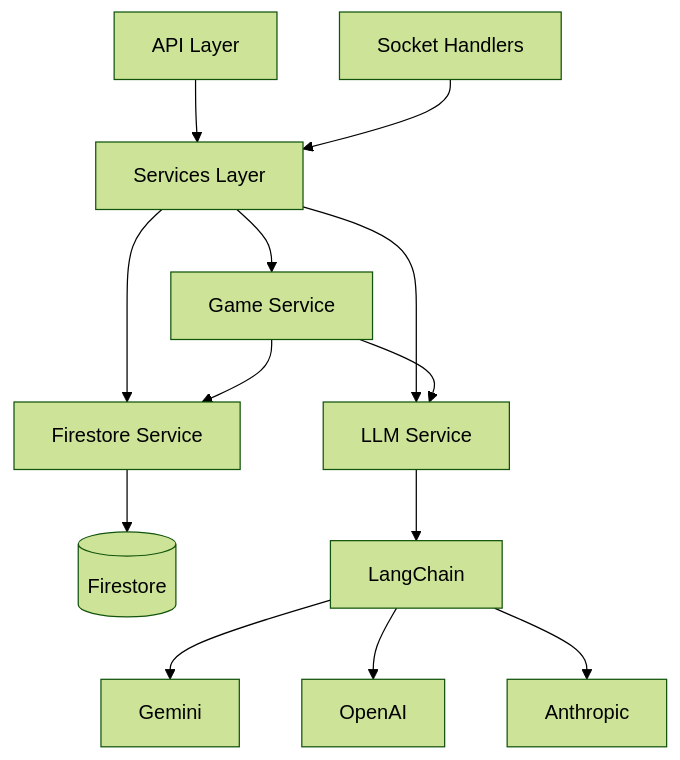
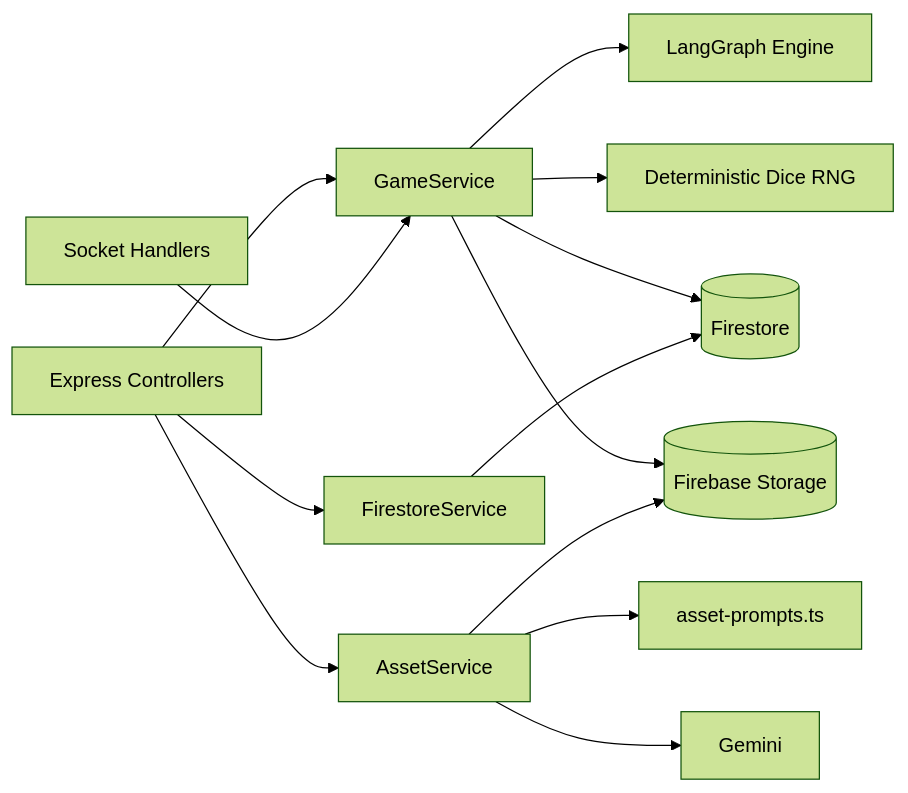
Before and after one commit to lguibr/daicer: the first of 2 diagrams in backend/src/services/README.md, drawn with Mermaid (forest theme). The commit also changed other lines of this file and 150 other files, not shown here.

````diff
--- a/backend/src/services/README.md
+++ b/backend/src/services/README.md
@@ -7,18 +9,18 @@
 ```mermaid
-graph TB
-    API[API Layer] --> Services[Services Layer]
-    Socket[Socket Handlers] --> Services
+flowchart LR
+    API[Express Controllers] --> GameService
+    Socket[Socket Handlers] --> GameService
+    API --> FirestoreService
+    API --> AssetService
 
-    Services --> FS[Firestore Service]
-    Services --> LLM[LLM Service]
-    Services --> Game[Game Service]
+    GameService --> LangGraph[LangGraph Engine]
+    GameService --> Dice[Deterministic Dice RNG]
+    GameService --> Firestore[(Firestore)]
+    GameService --> Storage[(Firebase Storage)]
 
-    FS --> Firestore[(Firestore)]
-    LLM --> LC[LangChain]
-    LC --> Gemini
-    LC --> OpenAI
-    LC --> Anthropic
+    AssetService --> PromptService[asset-prompts.ts]
+    AssetService --> Gemini
+    AssetService --> Storage
 
-    Game --> LLM
-    Game --> FS
+    FirestoreService --> Firestore
 ```
````
